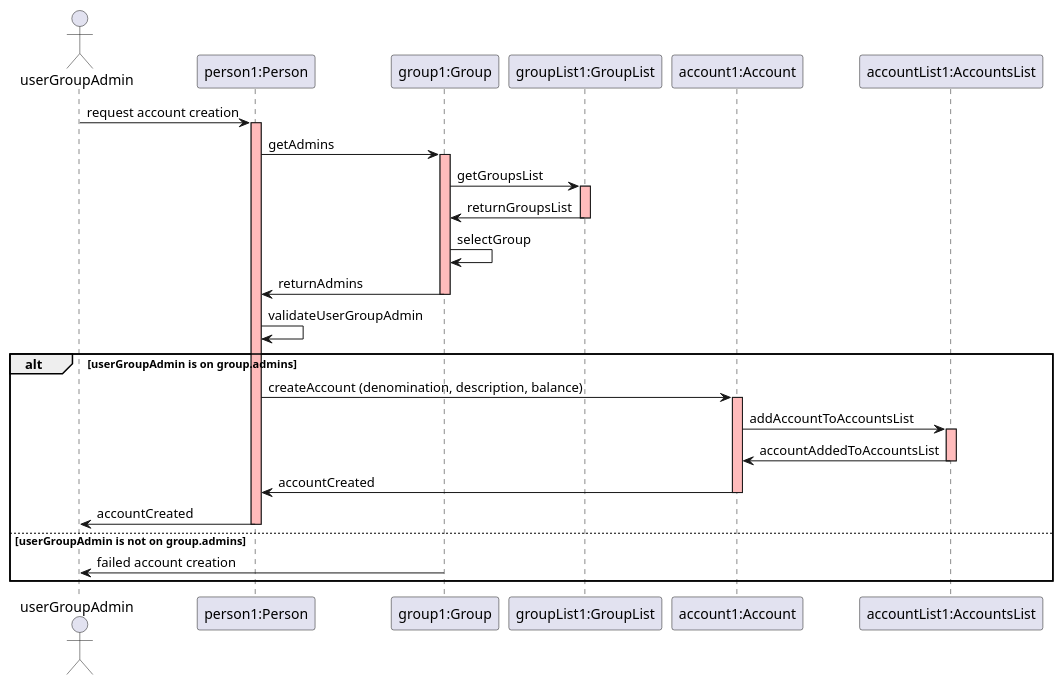
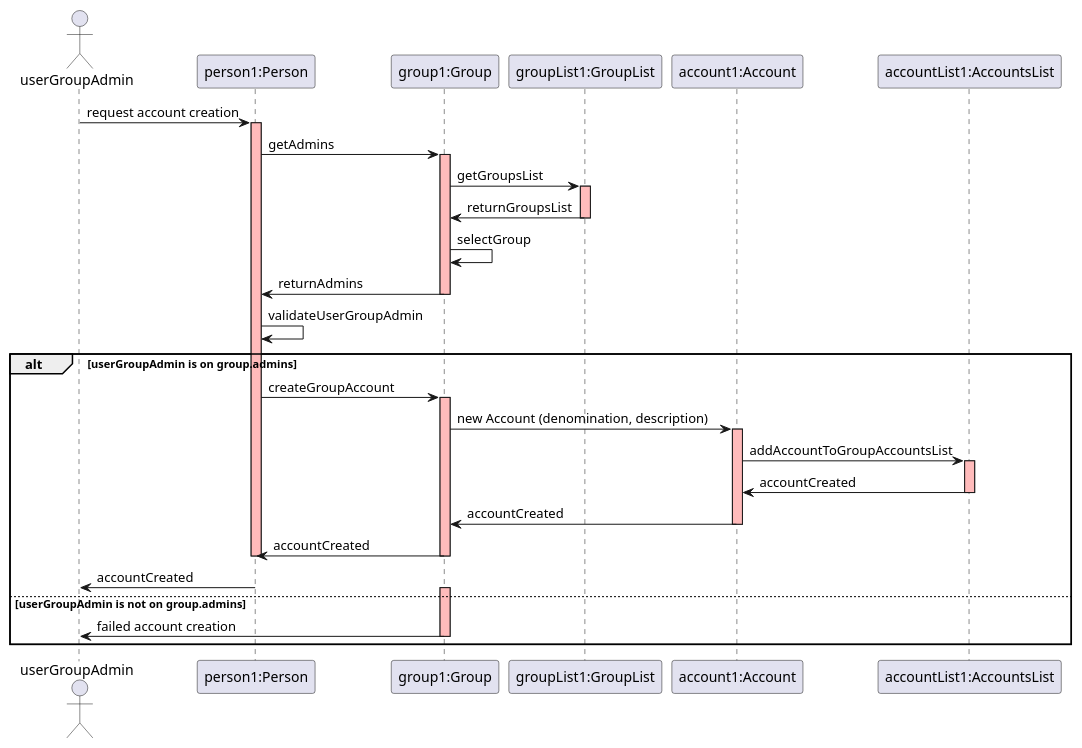
One commit to mleitaoribeiro/DevOpsMaven changed the diagram in docs/SequenceDiagram - UserStory7.puml. Above: the diagram before and after it, drawn with PlantUML. The commit also changed 2 other files, not shown here.

Commit message:
fix #232 - create method to create a new Account to the group ref #230 - Updated Sequence Diagram - User Story 7

```diff
--- a/docs/SequenceDiagram - UserStory7.puml
+++ b/docs/SequenceDiagram - UserStory7.puml
@@ -1,47 +1,56 @@
 @startuml
 
 actor userGroupAdmin
 
 userGroupAdmin -> "person1:Person" : request account creation
 activate "person1:Person" #FFBBBB
 
 "person1:Person" -> "group1:Group" : getAdmins
 activate "group1:Group"  #FFBBBB
 
 "group1:Group" -> "groupList1:GroupList" : getGroupsList
 activate "groupList1:GroupList"  #FFBBBB
 
 "groupList1:GroupList" -> "group1:Group" : returnGroupsList
 deactivate "groupList1:GroupList"
 
 "group1:Group"-> "group1:Group" : selectGroup
 
 "person1:Person" <- "group1:Group" : returnAdmins
 deactivate "group1:Group"  #FFBBBB
 
 "person1:Person" -> "person1:Person" : validateUserGroupAdmin
 
 alt userGroupAdmin is on group.admins
 
-    "person1:Person" -> "account1:Account" : createAccount (denomination, description, balance)
+    "person1:Person" -> "group1:Group" : createGroupAccount
+    activate "group1:Group" #FFBBBB
+
+    "group1:Group" -> "account1:Account" : new Account (denomination, description)
     activate "account1:Account" #FFBBBB
 
-    "account1:Account" -> "accountList1:AccountsList" : addAccountToAccountsList
+    "account1:Account" -> "accountList1:AccountsList" : addAccountToGroupAccountsList
     activate "accountList1:AccountsList" #FFBBBB
 
-    "account1:Account" <- "accountList1:AccountsList" : accountAddedToAccountsList
+    "accountList1:AccountsList" -> "account1:Account" : accountCreated
     deactivate "accountList1:AccountsList" #FFBBBB
 
-    "account1:Account" -> "person1:Person" : accountCreated
-    deactivate "account1:Account"
+    "account1:Account" -> "group1:Group" : accountCreated
+    deactivate "account1:Account" #FFBBBB
+
+    "group1:Group" -> "person1:Person" : accountCreated
+    deactivate "group1:Group"
+    deactivate "person1:Person"
 
     "person1:Person" -> userGroupAdmin : accountCreated
     deactivate "person1:Person"
 
 else userGroupAdmin is not on group.admins
 
+    activate "group1:Group" #FFBBBB
 	"group1:Group" -> userGroupAdmin : failed account creation
+	deactivate "group1:Group" #FFBBBB
 
 end
 
 @enduml
```
